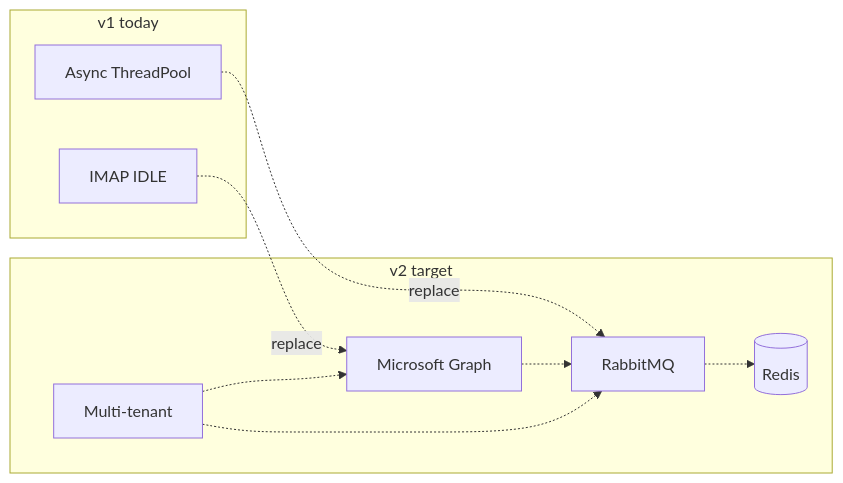
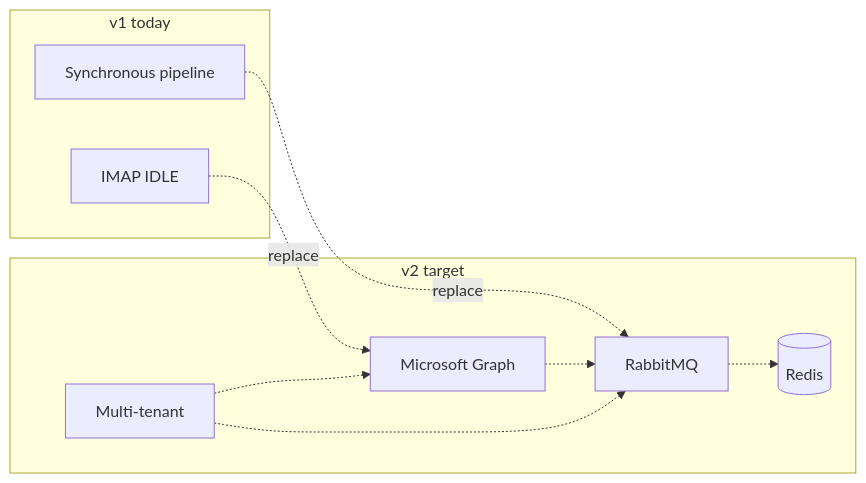
The second of 2 diagrams in docs/AGENT_HANDOFF_V1_V2.md (olegskel7-wq/smart-freight-inbox), drawn with Mermaid before and after one commit. The commit also changed other lines of this file and 29 other files, not shown here.

````diff
--- a/docs/AGENT_HANDOFF_V1_V2.md
+++ b/docs/AGENT_HANDOFF_V1_V2.md
@@ -202,19 +215,19 @@
 ```mermaid
 flowchart LR
   subgraph V1["v1 today"]
     IMAP[IMAP IDLE]
-    ASYNC[Async ThreadPool]
+    SYNC[Synchronous pipeline]
   end
   subgraph V2["v2 target"]
     GRA[Microsoft Graph]
     RMQ[RabbitMQ]
     RD[(Redis)]
     MT[Multi-tenant]
   end
   IMAP -.->|replace| GRA
-  ASYNC -.->|replace| RMQ
+  SYNC -.->|replace| RMQ
   RMQ -.-> RD
   GRA -.-> RMQ
   MT -.-> GRA
   MT -.-> RMQ
 ```
````
